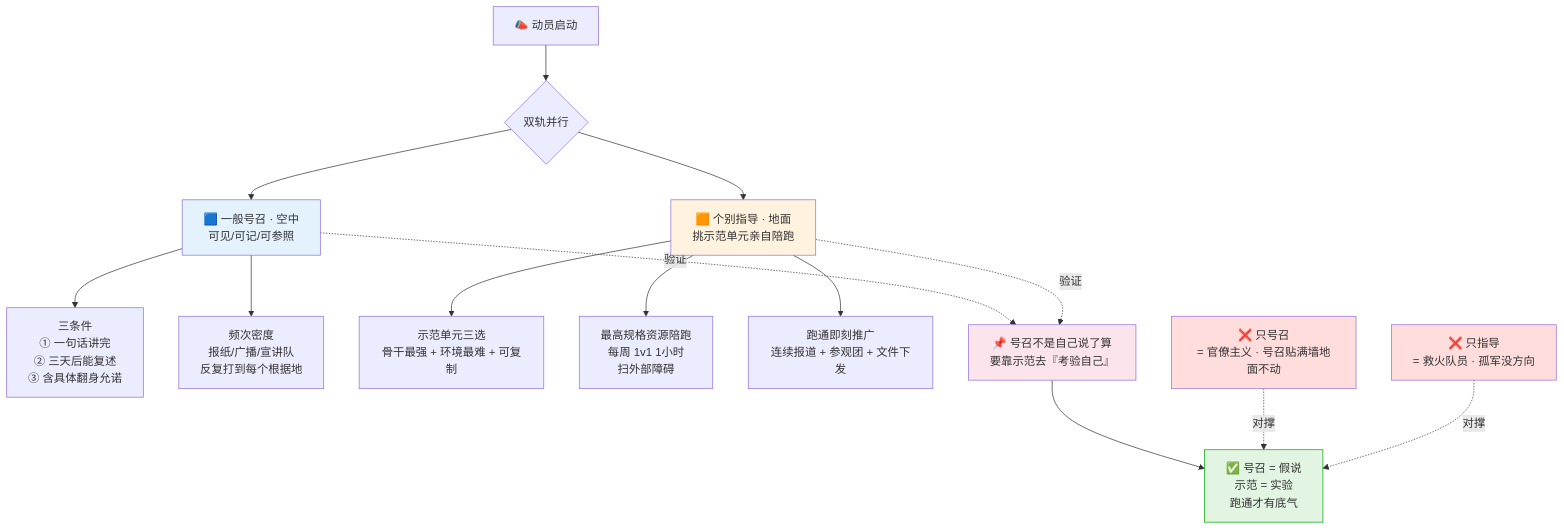
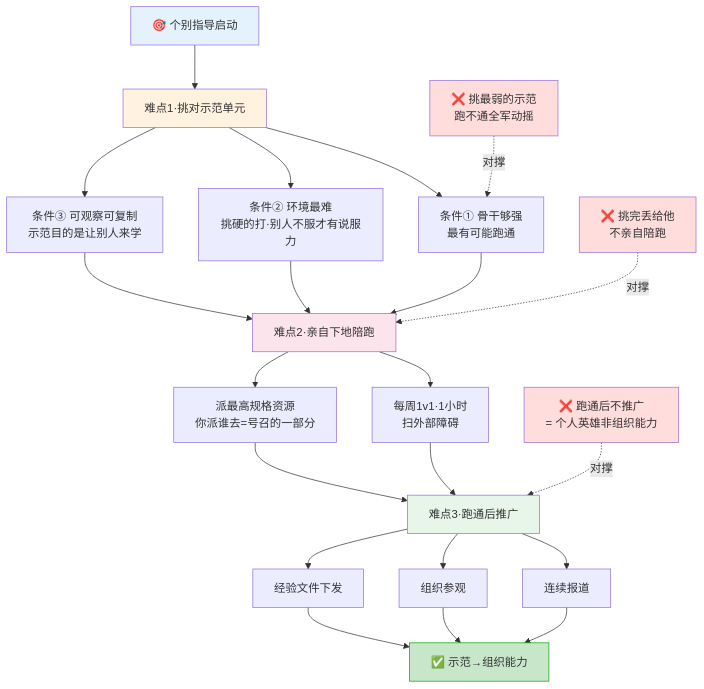
The sixth of 12 diagrams in packages/website/13.书籍/01.毛选实战心法/30.动员群众指导法.md (chongyang211/YCBookBlog), drawn with Mermaid before and after one commit. The commit also changed other lines of this file and 10 other files, not shown here.

````diff
--- a/packages/website/13.书籍/01.毛选实战心法/30.动员群众指导法.md
+++ b/packages/website/13.书籍/01.毛选实战心法/30.动员群众指导法.md
@@ -175,27 +284,34 @@
 ```mermaid
 flowchart TB
-    Start["📣 动员启动"] --> Two{"双轨并行"}
-    Two --> A["🟦 一般号召 · 空中<br/>可见/可记/可参照"]
-    Two --> B["🟧 个别指导 · 地面<br/>挑示范单元亲自陪跑"]
+    Start["🎯 个别指导启动"] --> D1["难点1·挑对示范单元"]
 
-    A --> A1["三条件<br/>① 一句话讲完<br/>② 三天后能复述<br/>③ 含具体翻身允诺"]
-    A --> A2["频次密度<br/>报纸/广播/宣讲队<br/>反复打到每个根据地"]
+    D1 --> S1["条件① 骨干够强<br/>最有可能跑通"]
+    D1 --> S2["条件② 环境最难<br/>挑硬的打·别人不服才有说服力"]
+    D1 --> S3["条件③ 可观察可复制<br/>示范目的是让别人来学"]
 
-    B --> B1["示范单元三选<br/>骨干最强 + 环境最难 + 可复制"]
-    B --> B2["最高规格资源陪跑<br/>每周 1v1 1小时<br/>扫外部障碍"]
-    B --> B3["跑通即刻推广<br/>连续报道 + 参观团 + 文件下发"]
+    S1 & S2 & S3 --> D2["难点2·亲自下地陪跑"]
 
-    A -.验证.-> Test["📌 号召不是自己说了算<br/>要靠示范去『考验自己』"]
-    B -.验证.-> Test
-    Test --> OK["✅ 号召 = 假说<br/>示范 = 实验<br/>跑通才有底气"]
+    D2 --> P1["每周1v1·1小时<br/>扫外部障碍"]
+    D2 --> P2["派最高规格资源<br/>你派谁去=号召的一部分"]
 
-    OnlyA["❌ 只号召<br/>= 官僚主义 · 号召贴满墙地面不动"] -.对撑.-> OK
-    OnlyB["❌ 只指导<br/>= 救火队员 · 孤军没方向"] -.对撑.-> OK
+    P1 & P2 --> D3["难点3·跑通后推广"]
 
-    style A fill:#e3f2fd
-    style B fill:#fff3e0
-    style Test fill:#fce4ec
-    style OK fill:#e2f5e2,stroke:#0a0
-    style OnlyA fill:#fdd
-    style OnlyB fill:#fdd
+    D3 --> R1["连续报道"]
+    D3 --> R2["组织参观"]
+    D3 --> R3["经验文件下发"]
+
+    R1 & R2 & R3 --> OK["✅ 示范→组织能力"]
+
+    Bad1["❌ 挑最弱的示范<br/>跑不通全军动摇"] -.对撑.-> S1
+    Bad2["❌ 挑完丢给他<br/>不亲自陪跑"] -.对撑.-> D2
+    Bad3["❌ 跑通后不推广<br/>= 个人英雄非组织能力"] -.对撑.-> D3
+
+    style Start fill:#e3f2fd
+    style D1 fill:#fff3e0
+    style D2 fill:#fce4ec
+    style D3 fill:#e8f5e9
+    style OK fill:#c8e6c9,stroke:#0a0
+    style Bad1 fill:#fdd
+    style Bad2 fill:#fdd
+    style Bad3 fill:#fdd
 ```
````
